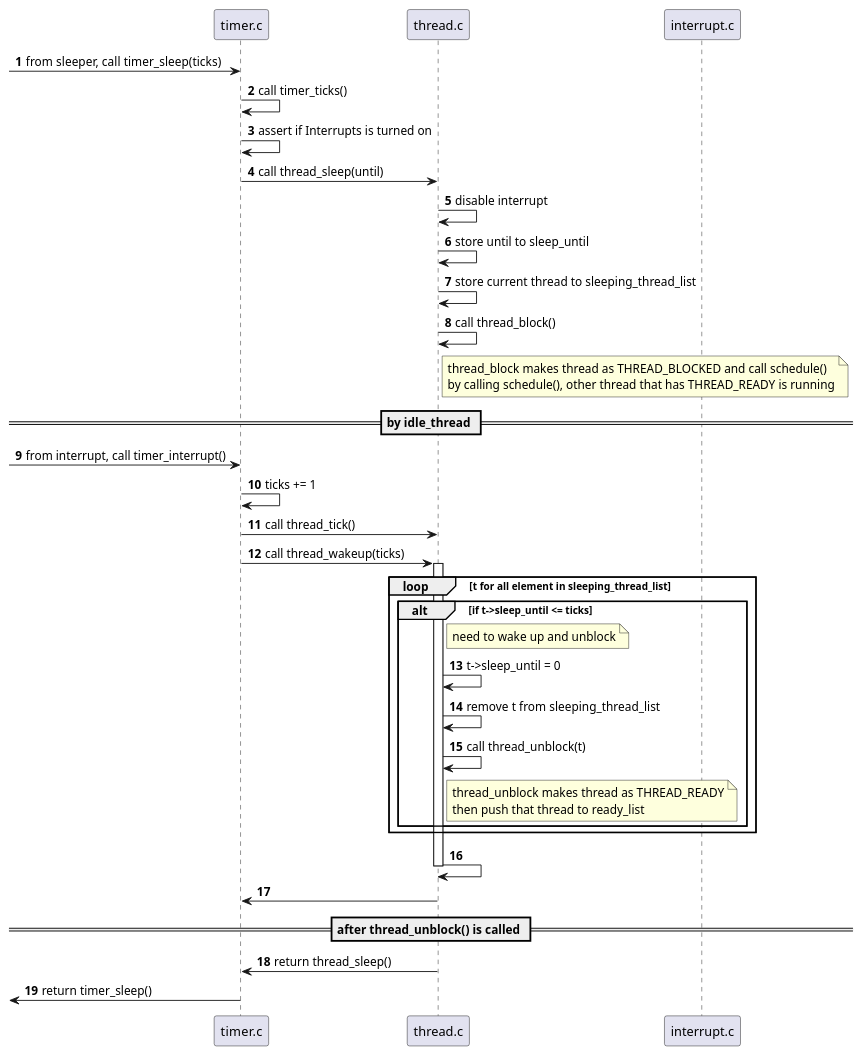
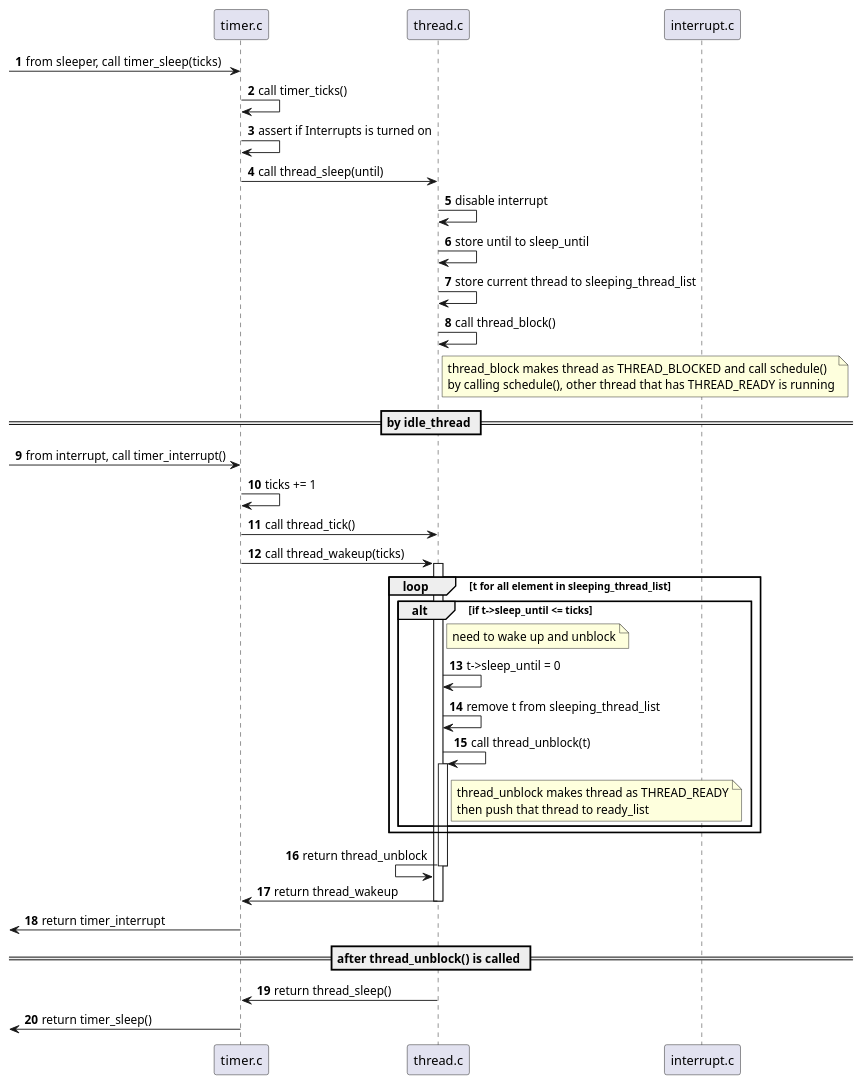
Before and after one commit to BranKein/ec4205_OS_PintOS_Project: the diagram in docs/project_1/reimplemented.puml, drawn with PlantUML. The commit also changed 5 other files, not shown here.

```diff
--- a/docs/project_1/reimplemented.puml
+++ b/docs/project_1/reimplemented.puml
@@ -1,48 +1,49 @@
 @startuml
 'https://plantuml.com/sequence-diagram
 
 participant "timer.c" as timer
 participant "thread.c" as thread
 participant "interrupt.c" as interrupt
 
 autonumber
 
 -> timer: from sleeper, call timer_sleep(ticks)
 timer -> timer: call timer_ticks()
 timer -> timer: assert if Interrupts is turned on
 
 timer -> thread: call thread_sleep(until)
 thread -> thread: disable interrupt
 thread -> thread: store until to sleep_until
 thread -> thread: store current thread to sleeping_thread_list
 thread -> thread: call thread_block()
 note right thread
 thread_block makes thread as THREAD_BLOCKED and call schedule()
 by calling schedule(), other thread that has THREAD_READY is running
 end note
 
 == by idle_thread ==
 -> timer: from interrupt, call timer_interrupt()
 timer -> timer: ticks += 1
 timer -> thread: call thread_tick()
 timer -> thread ++: call thread_wakeup(ticks)
 loop t for all element in sleeping_thread_list
     alt if t->sleep_until <= ticks
         note right thread: need to wake up and unblock
         thread -> thread: t->sleep_until = 0
         thread -> thread: remove t from sleeping_thread_list
-        thread -> thread: call thread_unblock(t)
+        thread -> thread ++: call thread_unblock(t)
         note right thread
         thread_unblock makes thread as THREAD_READY
         then push that thread to ready_list
         end note
     end alt
 end loop
-thread -> thread --
-timer <- thread --
+thread <- thread --: return thread_unblock
+timer <- thread --: return thread_wakeup
+<- timer: return timer_interrupt
 
 == after thread_unblock() is called ==
 timer <- thread: return thread_sleep()
 <- timer: return timer_sleep()
 
 @enduml
```
